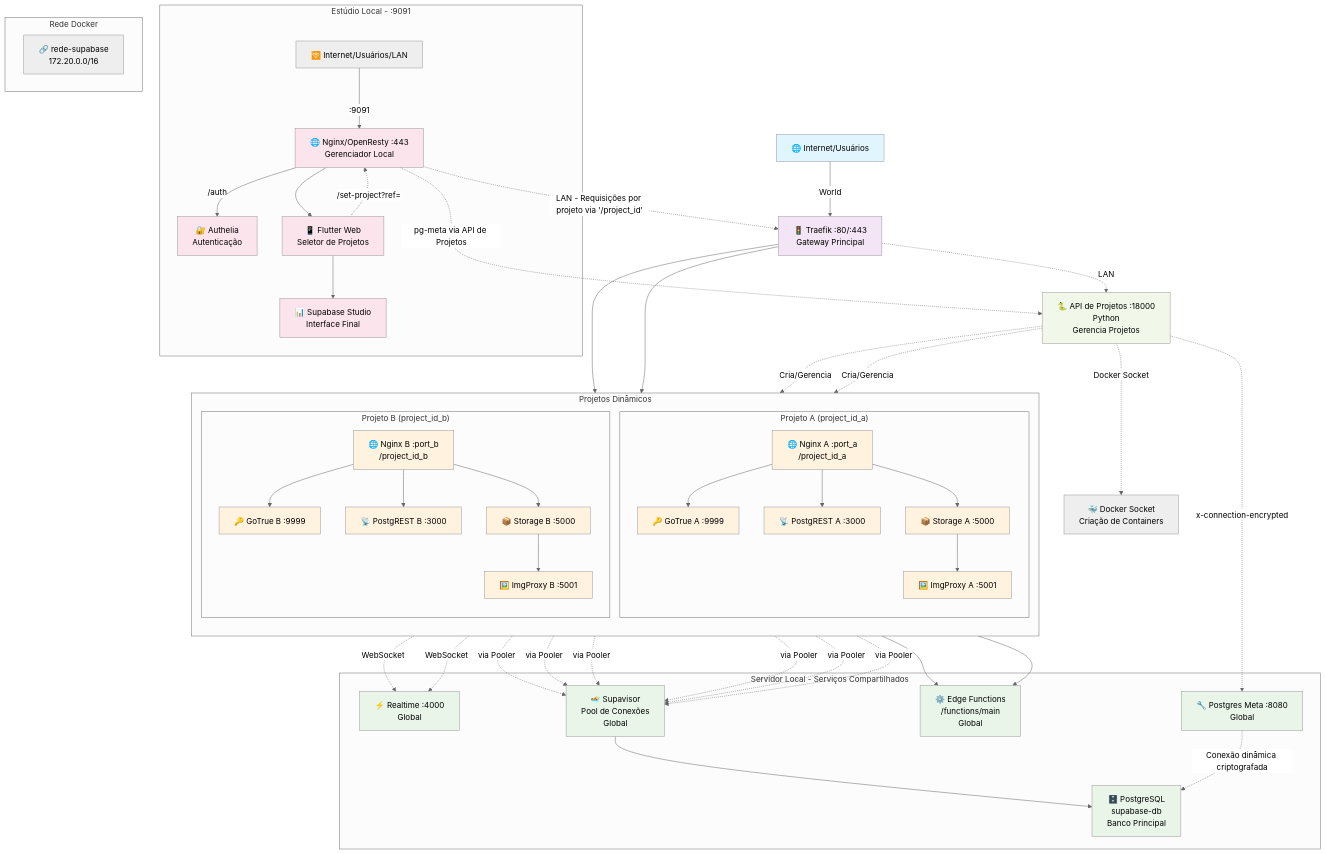
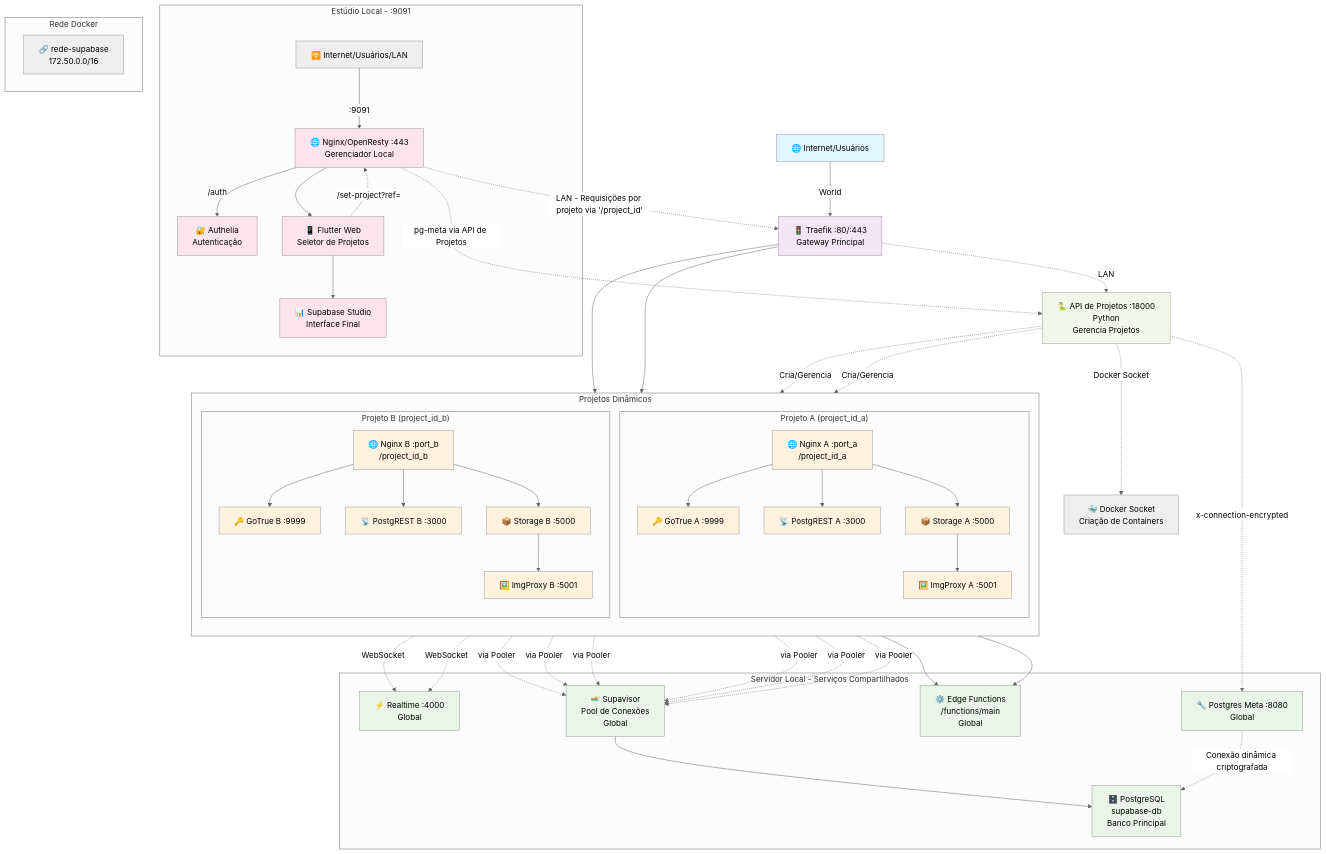
Before and after one commit to GustavoMartins123/supabase-multitenant: the diagram in LEIAME.md, drawn with Mermaid (neutral theme). The commit also changed 20 other files, not shown here.

```diff
--- a/LEIAME.md
+++ b/LEIAME.md
@@ -70,7 +70,7 @@
         subGraph3
   end
  subgraph subGraph5["Rede Docker"]
-        Network["🔗 rede-supabase\n172.20.0.0/16"]
+        Network["🔗 rede-supabase\n172.50.0.0/16"]
   end
     World["🌐 Internet/Usuários"] -- World --> Traefik["🚦 Traefik :80/:443\nGateway Principal"]
     Lan -- :9091 --> Nginx
```
